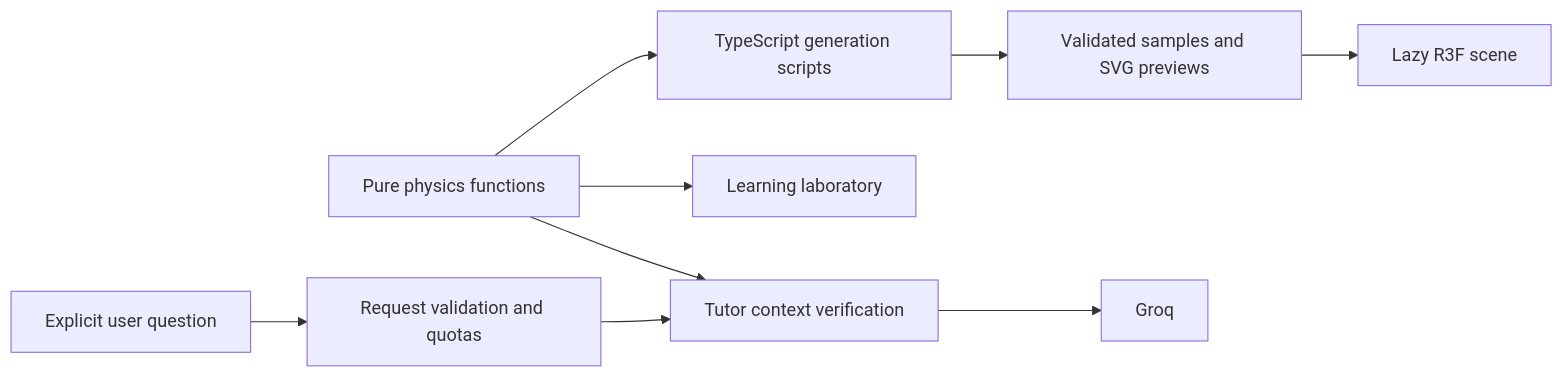
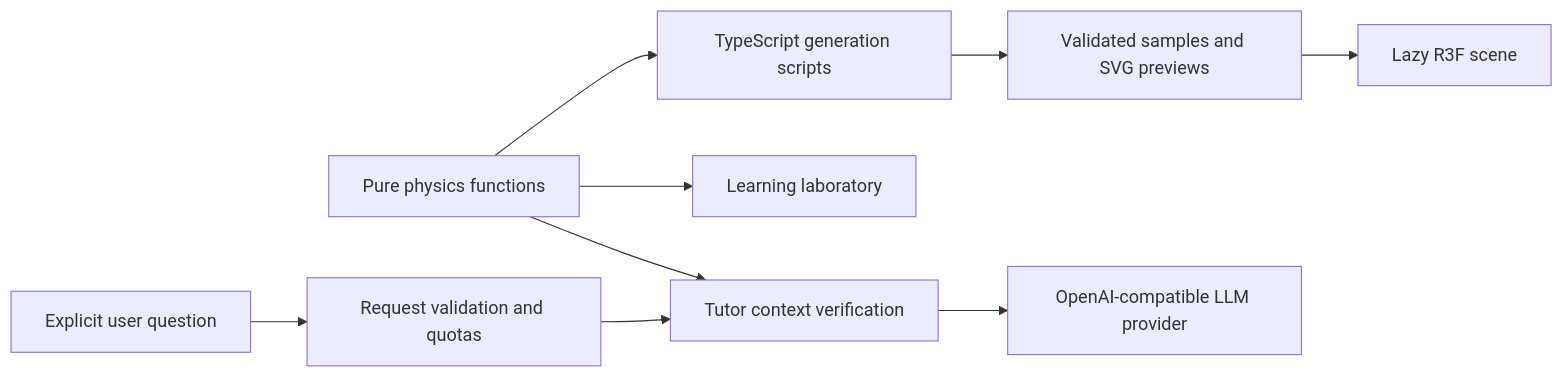
One commit to denisosuna/gravi3 changed the diagram in docs/architecture.md. Above: the diagram before and after it, drawn with Mermaid. The commit also changed other lines of this file and 65 other files, not shown here.

````diff
--- a/docs/architecture.md
+++ b/docs/architecture.md
@@ -5,11 +5,11 @@
 ```mermaid
 flowchart LR
   S[TypeScript generation scripts] --> D[Validated samples and SVG previews]
   D --> V[Lazy R3F scene]
   P[Pure physics functions] --> S
   P --> L[Learning laboratory]
   P --> T[Tutor context verification]
   U[Explicit user question] --> A[Request validation and quotas]
   A --> T
-  T --> G[Groq]
+  T --> G[OpenAI-compatible LLM provider]
 ```
````
